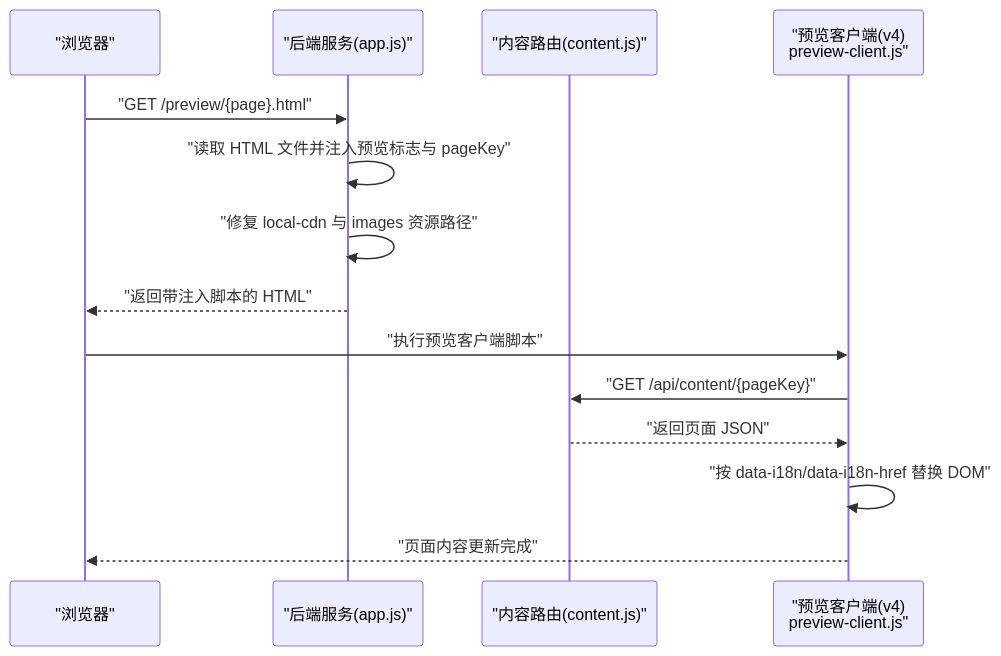
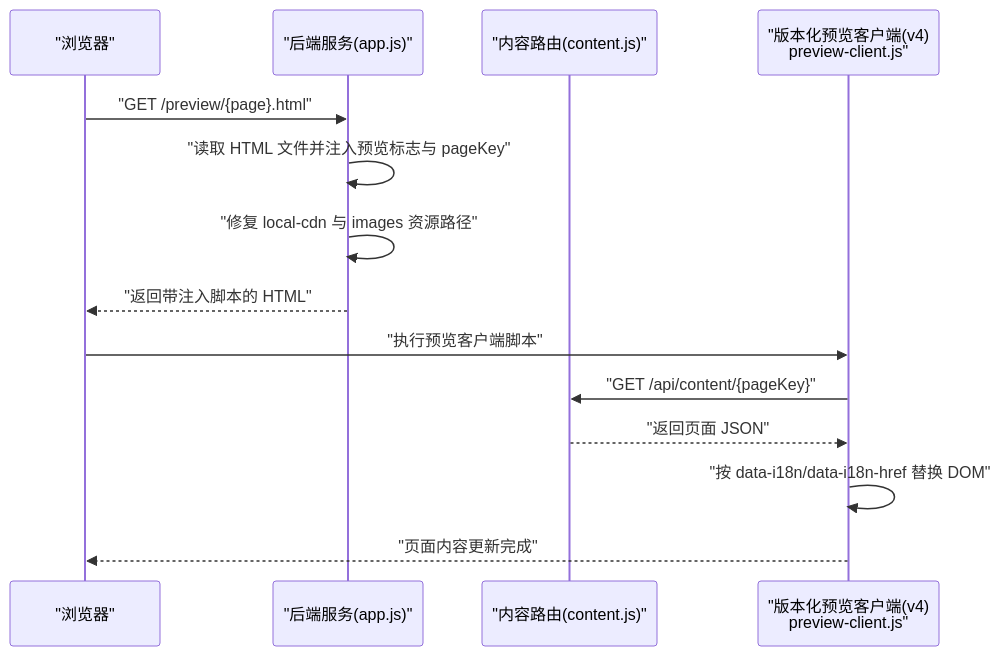
One commit to hx631580609-web/zsts-cms changed the second of 5 diagrams in .qoder/repowiki/zh/content/后端服务架构/核心服务/预览模式系统.md. Above: the diagram before and after it, drawn with Mermaid. The commit also changed other lines of this file and 5 other files, not shown here.

````diff
--- a/.qoder/repowiki/zh/content/后端服务架构/核心服务/预览模式系统.md
+++ b/.qoder/repowiki/zh/content/后端服务架构/核心服务/预览模式系统.md
@@ -98,16 +117,16 @@
 ```mermaid
 sequenceDiagram
 participant U as "浏览器"
 participant S as "后端服务(app.js)"
 participant C as "内容路由(content.js)"
-participant K as "预览客户端(v4)<br/>preview-client.js"
+participant K as "版本化预览客户端(v4)<br/>preview-client.js"
 U->>S : "GET /preview/{page}.html"
 S->>S : "读取 HTML 文件并注入预览标志与 pageKey"
 S->>S : "修复 local-cdn 与 images 资源路径"
 S-->>U : "返回带注入脚本的 HTML"
 U->>K : "执行预览客户端脚本"
 K->>C : "GET /api/content/{pageKey}"
 C-->>K : "返回页面 JSON"
 K->>K : "按 data-i18n/data-i18n-href 替换 DOM"
 K-->>U : "页面内容更新完成"
 ```
````
